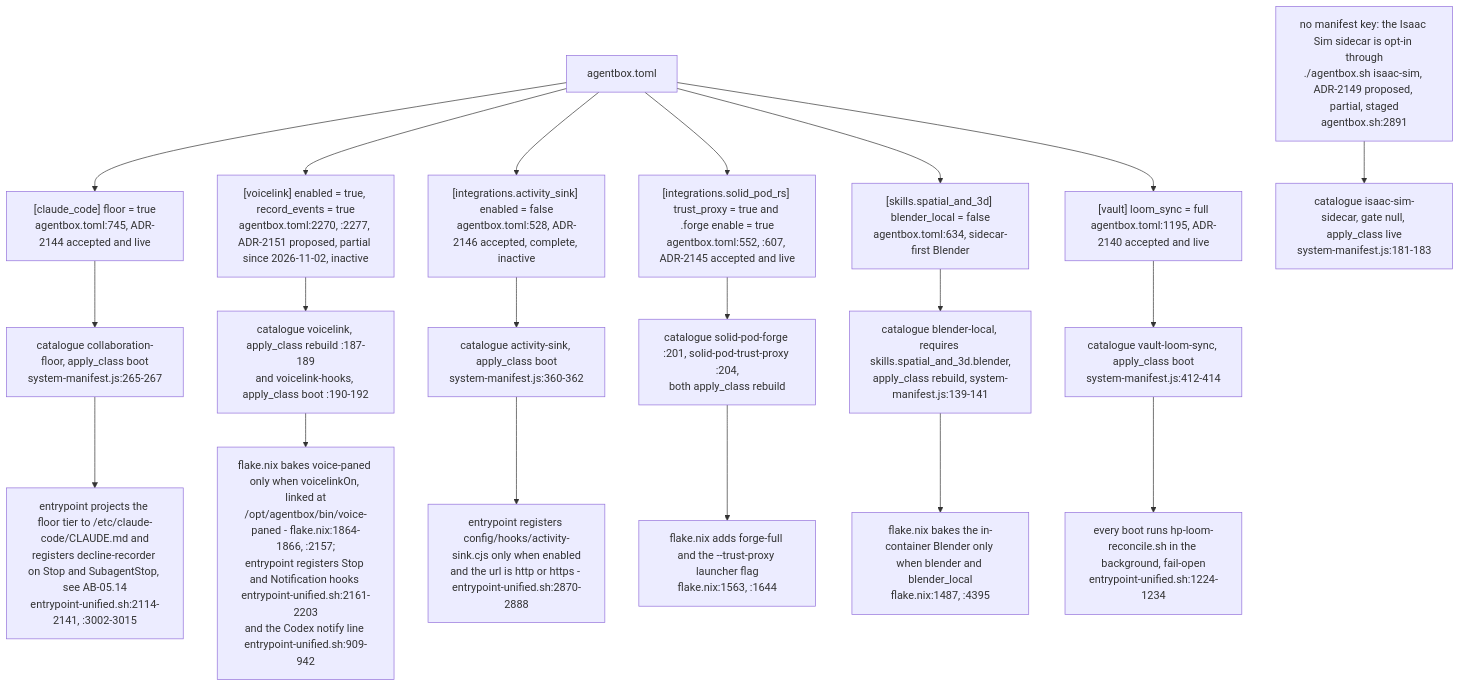
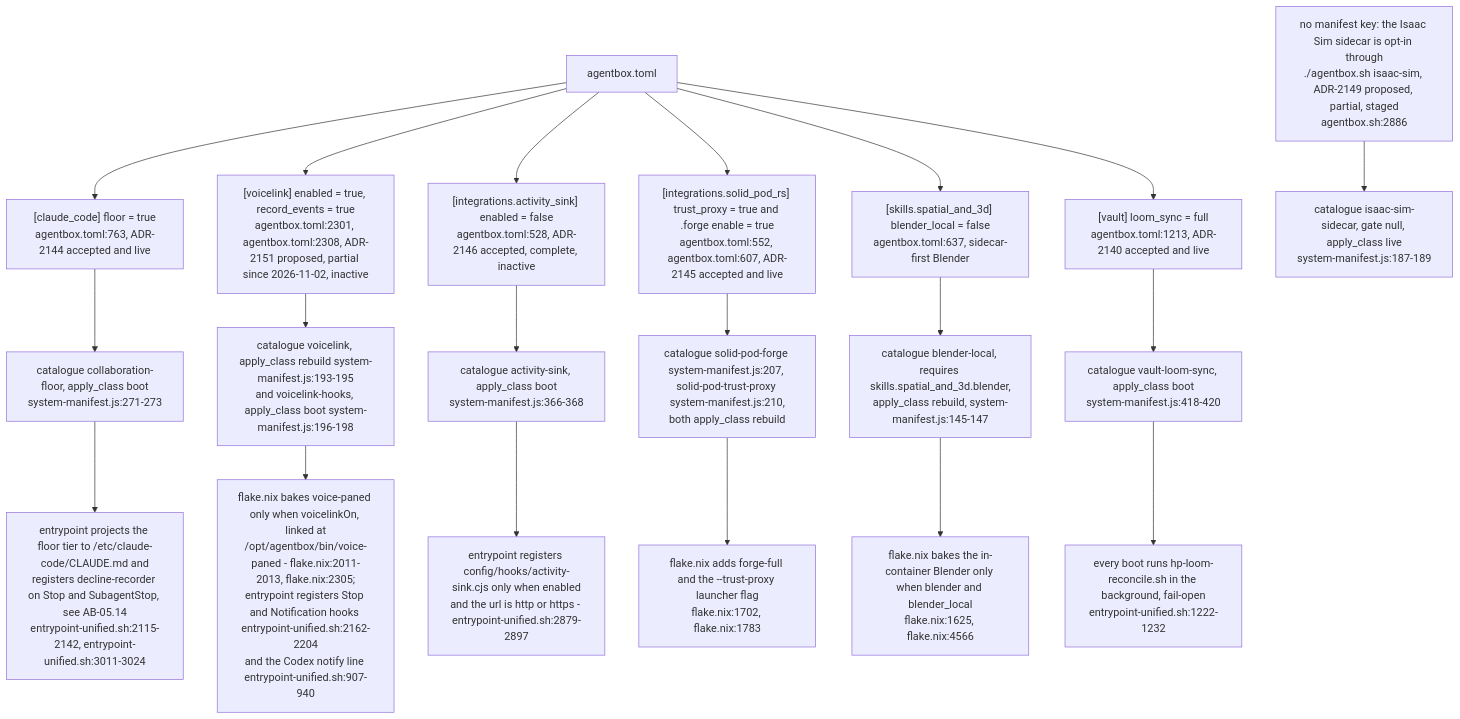
Diagram 16 of 16 in docs/diagrams/agentbox/05-manifest-gates-and-cli.md (DreamLab-AI/VisionFlow), drawn with Mermaid before and after one commit. The commit also changed other lines of this file and 5 other files, not shown here.

````diff
--- a/docs/diagrams/agentbox/05-manifest-gates-and-cli.md
+++ b/docs/diagrams/agentbox/05-manifest-gates-and-cli.md
@@ -587,26 +588,26 @@
 ```mermaid
 flowchart TB
     TOML["agentbox.toml"]
-    TOML --> G1["[claude_code] floor = true<br/>agentbox.toml:745, ADR-2144 accepted and live"]
-    TOML --> G2["[voicelink] enabled = true, record_events = true<br/>agentbox.toml:2270, :2277, ADR-2151 proposed, partial since 2026-11-02, inactive"]
+    TOML --> G1["[claude_code] floor = true<br/>agentbox.toml:763, ADR-2144 accepted and live"]
+    TOML --> G2["[voicelink] enabled = true, record_events = true<br/>agentbox.toml:2301, agentbox.toml:2308, ADR-2151 proposed, partial since 2026-11-02, inactive"]
     TOML --> G3["[integrations.activity_sink] enabled = false<br/>agentbox.toml:528, ADR-2146 accepted, complete, inactive"]
-    TOML --> G4["[integrations.solid_pod_rs] trust_proxy = true and .forge enable = true<br/>agentbox.toml:552, :607, ADR-2145 accepted and live"]
-    TOML --> G5["[skills.spatial_and_3d] blender_local = false<br/>agentbox.toml:634, sidecar-first Blender"]
-    TOML --> G6["[vault] loom_sync = full<br/>agentbox.toml:1195, ADR-2140 accepted and live"]
-    NOKEY["no manifest key: the Isaac Sim sidecar is opt-in through<br/>./agentbox.sh isaac-sim, ADR-2149 proposed, partial, staged<br/>agentbox.sh:2891"]
+    TOML --> G4["[integrations.solid_pod_rs] trust_proxy = true and .forge enable = true<br/>agentbox.toml:552, agentbox.toml:607, ADR-2145 accepted and live"]
+    TOML --> G5["[skills.spatial_and_3d] blender_local = false<br/>agentbox.toml:637, sidecar-first Blender"]
+    TOML --> G6["[vault] loom_sync = full<br/>agentbox.toml:1213, ADR-2140 accepted and live"]
+    NOKEY["no manifest key: the Isaac Sim sidecar is opt-in through<br/>./agentbox.sh isaac-sim, ADR-2149 proposed, partial, staged<br/>agentbox.sh:2886"]
 
-    G1 --> C1["catalogue collaboration-floor, apply_class boot<br/>system-manifest.js:265-267"]
-    G2 --> C2["catalogue voicelink, apply_class rebuild :187-189<br/>and voicelink-hooks, apply_class boot :190-192"]
-    G3 --> C3["catalogue activity-sink, apply_class boot<br/>system-manifest.js:360-362"]
-    G4 --> C4["catalogue solid-pod-forge :201, solid-pod-trust-proxy :204,<br/>both apply_class rebuild"]
-    G5 --> C5["catalogue blender-local, requires skills.spatial_and_3d.blender,<br/>apply_class rebuild, system-manifest.js:139-141"]
-    G6 --> C6["catalogue vault-loom-sync, apply_class boot<br/>system-manifest.js:412-414"]
-    NOKEY --> C7["catalogue isaac-sim-sidecar, gate null, apply_class live<br/>system-manifest.js:181-183"]
+    G1 --> C1["catalogue collaboration-floor, apply_class boot<br/>system-manifest.js:271-273"]
+    G2 --> C2["catalogue voicelink, apply_class rebuild system-manifest.js:193-195<br/>and voicelink-hooks, apply_class boot system-manifest.js:196-198"]
+    G3 --> C3["catalogue activity-sink, apply_class boot<br/>system-manifest.js:366-368"]
+    G4 --> C4["catalogue solid-pod-forge system-manifest.js:207, solid-pod-trust-proxy system-manifest.js:210,<br/>both apply_class rebuild"]
+    G5 --> C5["catalogue blender-local, requires skills.spatial_and_3d.blender,<br/>apply_class rebuild, system-manifest.js:145-147"]
+    G6 --> C6["catalogue vault-loom-sync, apply_class boot<br/>system-manifest.js:418-420"]
+    NOKEY --> C7["catalogue isaac-sim-sidecar, gate null, apply_class live<br/>system-manifest.js:187-189"]
 
-    C1 --> B1["entrypoint projects the floor tier to /etc/claude-code/CLAUDE.md and<br/>registers decline-recorder on Stop and SubagentStop, see AB-05.14<br/>entrypoint-unified.sh:2114-2141, :3002-3015"]
-    C2 --> B2["flake.nix bakes voice-paned only when voicelinkOn, linked at<br/>/opt/agentbox/bin/voice-paned - flake.nix:1864-1866, :2157;<br/>entrypoint registers Stop and Notification hooks entrypoint-unified.sh:2161-2203<br/>and the Codex notify line entrypoint-unified.sh:909-942"]
-    C3 --> B3["entrypoint registers config/hooks/activity-sink.cjs only when enabled<br/>and the url is http or https - entrypoint-unified.sh:2870-2888"]
-    C4 --> B4["flake.nix adds forge-full and the --trust-proxy launcher flag<br/>flake.nix:1563, :1644"]
-    C5 --> B5["flake.nix bakes the in-container Blender only when blender and blender_local<br/>flake.nix:1487, :4395"]
-    C6 --> B6["every boot runs hp-loom-reconcile.sh in the background, fail-open<br/>entrypoint-unified.sh:1224-1234"]
+    C1 --> B1["entrypoint projects the floor tier to /etc/claude-code/CLAUDE.md and<br/>registers decline-recorder on Stop and SubagentStop, see AB-05.14<br/>entrypoint-unified.sh:2115-2142, entrypoint-unified.sh:3011-3024"]
+    C2 --> B2["flake.nix bakes voice-paned only when voicelinkOn, linked at<br/>/opt/agentbox/bin/voice-paned - flake.nix:2011-2013, flake.nix:2305;<br/>entrypoint registers Stop and Notification hooks entrypoint-unified.sh:2162-2204<br/>and the Codex notify line entrypoint-unified.sh:907-940"]
+    C3 --> B3["entrypoint registers config/hooks/activity-sink.cjs only when enabled<br/>and the url is http or https - entrypoint-unified.sh:2879-2897"]
+    C4 --> B4["flake.nix adds forge-full and the --trust-proxy launcher flag<br/>flake.nix:1702, flake.nix:1783"]
+    C5 --> B5["flake.nix bakes the in-container Blender only when blender and blender_local<br/>flake.nix:1625, flake.nix:4566"]
+    C6 --> B6["every boot runs hp-loom-reconcile.sh in the background, fail-open<br/>entrypoint-unified.sh:1222-1232"]
 ```
````
